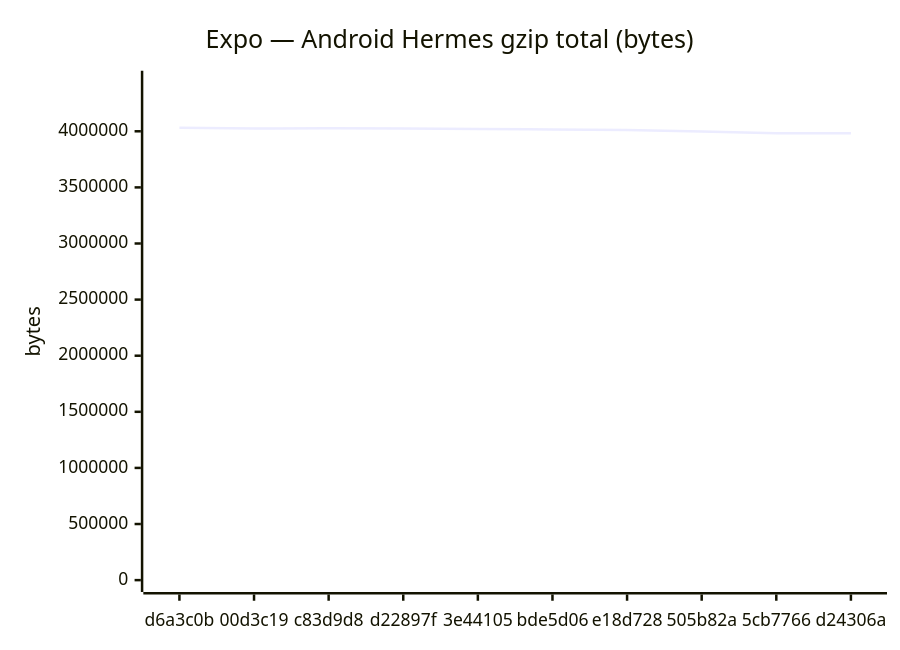
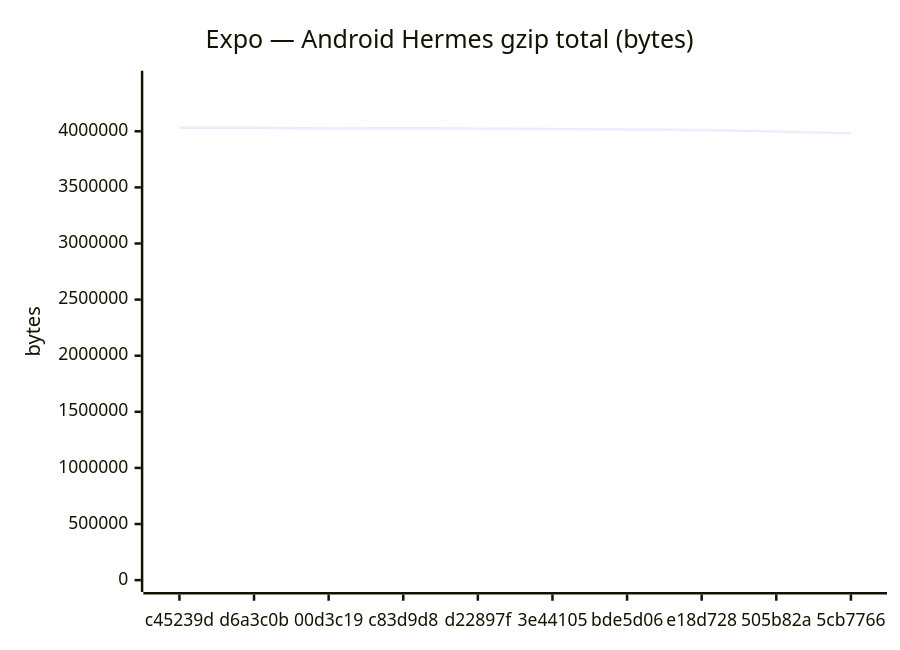
One commit to Metaheurist/Rianell changed the fifth of 18 diagrams in benchmarks/compare.md. Above: the diagram before and after it, drawn with Mermaid. The commit also changed other lines of this file and 11 other files, not shown here.

````diff
--- a/benchmarks/compare.md
+++ b/benchmarks/compare.md
@@ -89,7 +89,7 @@
 ```mermaid
 xychart-beta
     title "Expo — Android Hermes gzip total (bytes)"
-    x-axis ["d6a3c0b", "00d3c19", "c83d9d8", "d22897f", "3e44105", "bde5d06", "e18d728", "505b82a", "5cb7766", "d24306a"]
+    x-axis ["c45239d", "d6a3c0b", "00d3c19", "c83d9d8", "d22897f", "3e44105", "bde5d06", "e18d728", "505b82a", "5cb7766"]
     y-axis "bytes" 0 --> 4433703
-    line [4030639, 4025609, 4026084, 4023969, 4020690, 4016661, 4010565, 3997221, 3982594, 3982590]
+    line [4030634, 4030639, 4025609, 4026084, 4023969, 4020690, 4016661, 4010565, 3997221, 3982594]
 ```
````
